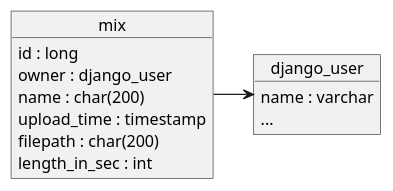
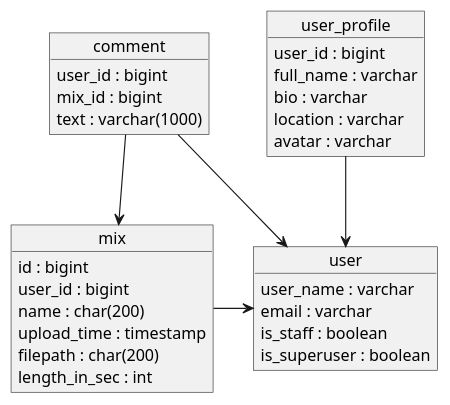
The diagram in backend/docs/data_schema.plantuml (senorfelipe/mix-share), drawn with PlantUML before and after one commit. The commit also changed 13 other files, not shown here.

```diff
--- a/backend/docs/data_schema.plantuml
+++ b/backend/docs/data_schema.plantuml
@@ -1,18 +1,41 @@
 @startuml database
 object mix {
-    id : long
-    owner : django_user
+    id : bigint
+    user_id : bigint
     name : char(200)
     upload_time : timestamp
     filepath : char(200) 
     length_in_sec : int
 }
 
-object django_user {
-    name : varchar
-    ...
+object user {
+    user_name : varchar
+    email : varchar
+    is_staff : boolean
+    is_superuser : boolean
 }
 
-mix -> django_user
+object user_profile {
+    user_id : bigint
+    full_name : varchar
+    bio : varchar
+    location : varchar
+    avatar : varchar
+}
+
+object comment {
+    user_id : bigint
+    mix_id : bigint
+    text : varchar(1000)
+}
+
+
+
+
+
+mix -> user
+user_profile --> user
+comment --> user
+comment --> mix
 
 @enduml
```
